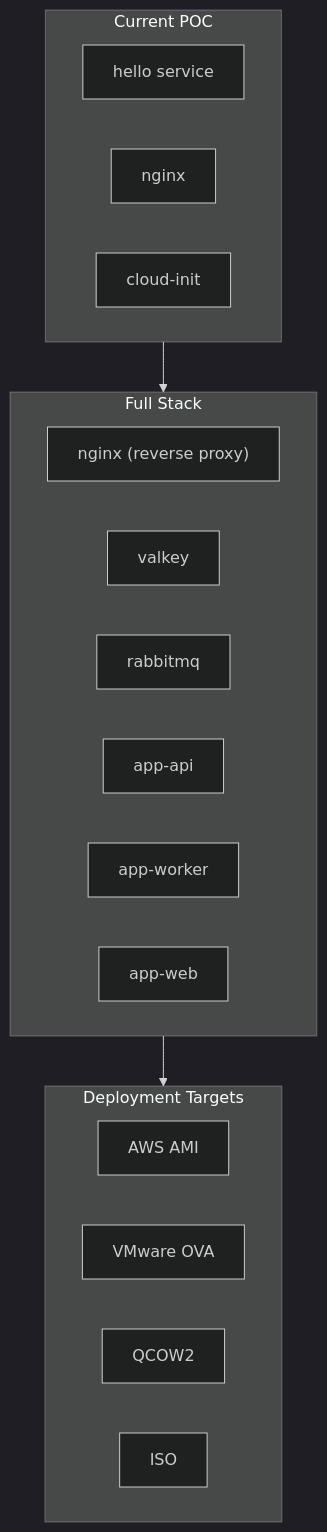
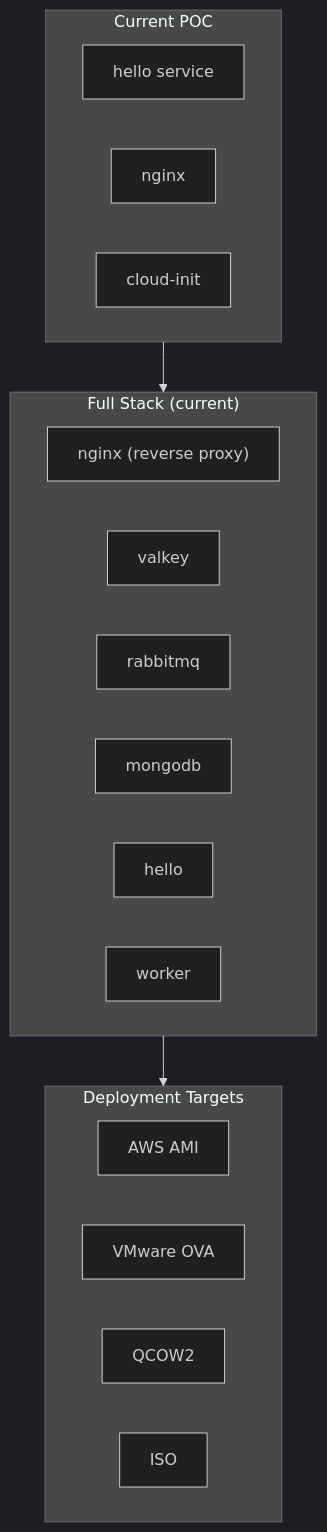
The seventh of 7 diagrams in docs/project/001-architecture-overview.md (duyhenryer/bootc-testboot), drawn with Mermaid (dark theme) before and after one commit. The commit also changed other lines of this file and 9 other files, not shown here.

````diff
--- a/docs/project/001-architecture-overview.md
+++ b/docs/project/001-architecture-overview.md
@@ -302,27 +304,27 @@
 ```mermaid
 flowchart TB
     subgraph POC["Current POC"]
         H[hello service]
         N[nginx]
         CI[cloud-init]
     end
 
-    subgraph Production["Full Stack"]
+    subgraph Production["Full Stack (current)"]
         N2["nginx (reverse proxy)"]
         V[valkey]
         M[rabbitmq]
-        A1[app-api]
-        A2[app-worker]
-        A3[app-web]
+        DB[mongodb]
+        A1[hello]
+        A2[worker]
     end
 
     subgraph Targets["Deployment Targets"]
         AMI[AWS AMI]
         OVA[VMware OVA]
         QCOW[QCOW2]
         ISO[ISO]
     end
 
     POC --> Production
     Production --> Targets
 ```
````
